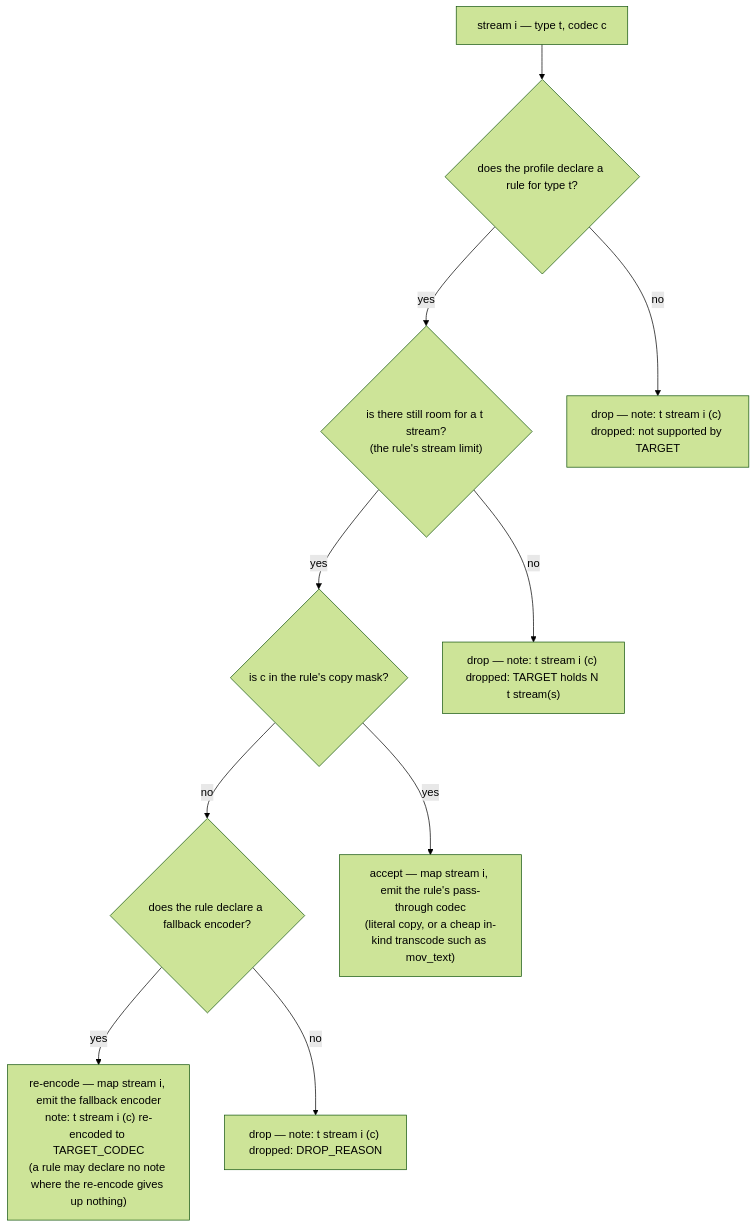
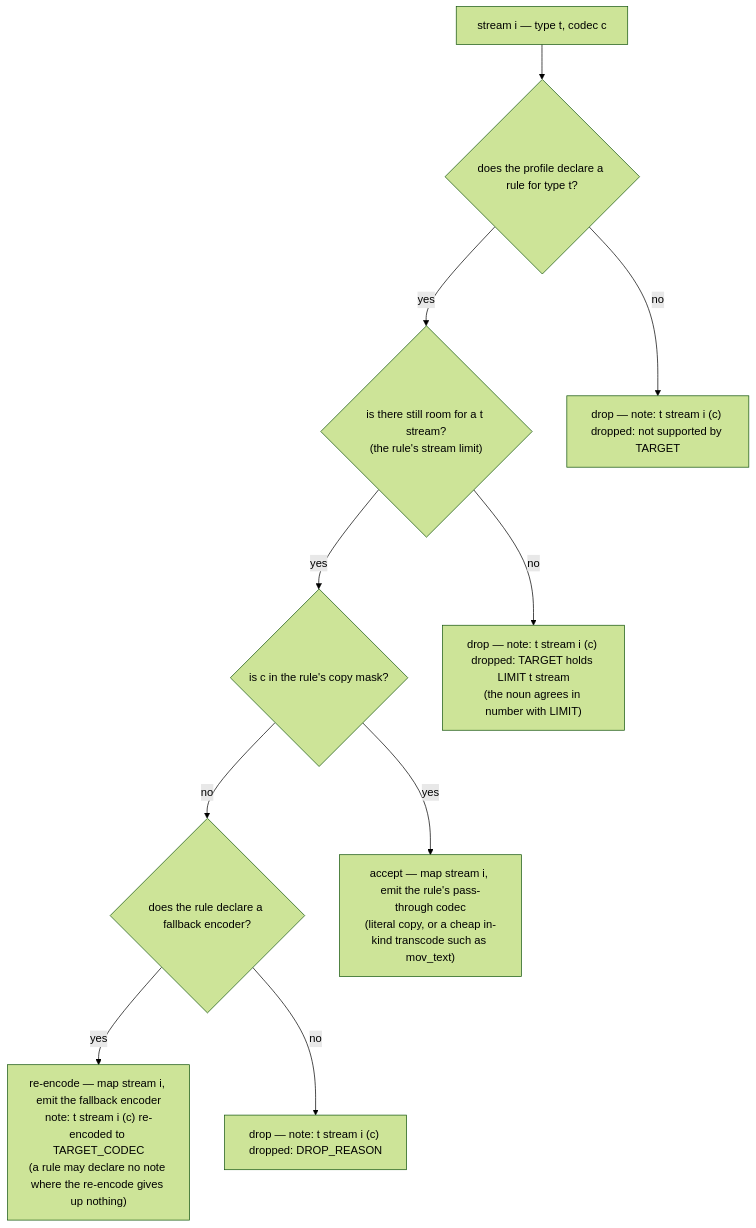
Before and after one commit to bhemsen/converter: the diagram in docs/design/stream-decision.md, drawn with Mermaid (forest theme). The commit also changed other lines of this file and 4 other files, not shown here.

````diff
--- a/docs/design/stream-decision.md
+++ b/docs/design/stream-decision.md
@@ -22,23 +22,23 @@
 ```mermaid
 flowchart TD
     S["stream i — type t, codec c"]
     T{"does the profile declare a rule for type t?"}
     ROOM{"is there still room for a t stream?<br/>(the rule's stream limit)"}
     MASK{"is c in the rule's copy mask?"}
     ENC{"does the rule declare a fallback encoder?"}
     COPY["accept — map stream i, emit the rule's pass-through codec<br/>(literal copy, or a cheap in-kind transcode such as mov_text)"]
     REENC["re-encode — map stream i, emit the fallback encoder<br/>note: t stream i (c) re-encoded to TARGET_CODEC<br/>(a rule may declare no note where the re-encode gives up nothing)"]
     D1["drop — note: t stream i (c) dropped: not supported by TARGET"]
-    D2["drop — note: t stream i (c) dropped: TARGET holds N t stream(s)"]
+    D2["drop — note: t stream i (c) dropped: TARGET holds LIMIT t stream<br/>(the noun agrees in number with LIMIT)"]
     D3["drop — note: t stream i (c) dropped: DROP_REASON"]
 
     S --> T
     T -->|"no"| D1
     T -->|"yes"| ROOM
     ROOM -->|"no"| D2
     ROOM -->|"yes"| MASK
     MASK -->|"yes"| COPY
     MASK -->|"no"| ENC
     ENC -->|"yes"| REENC
     ENC -->|"no"| D3
 ```
````
